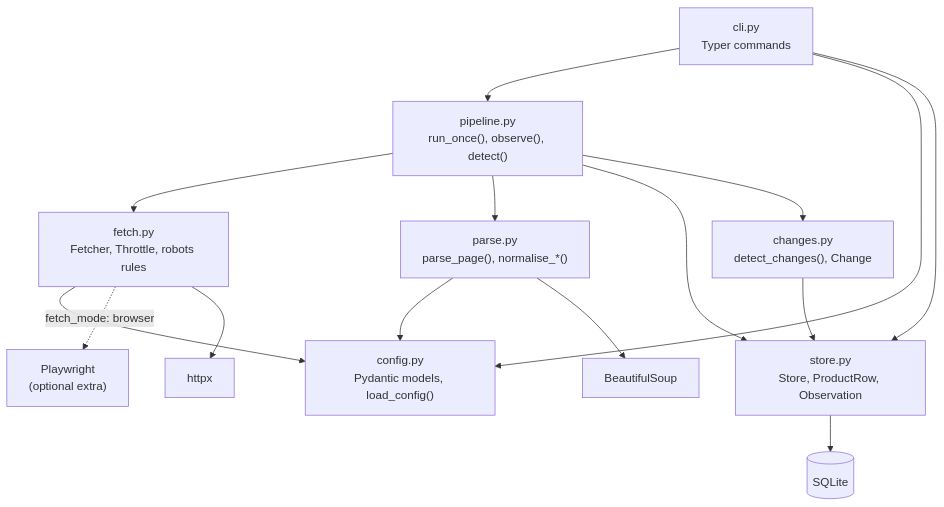
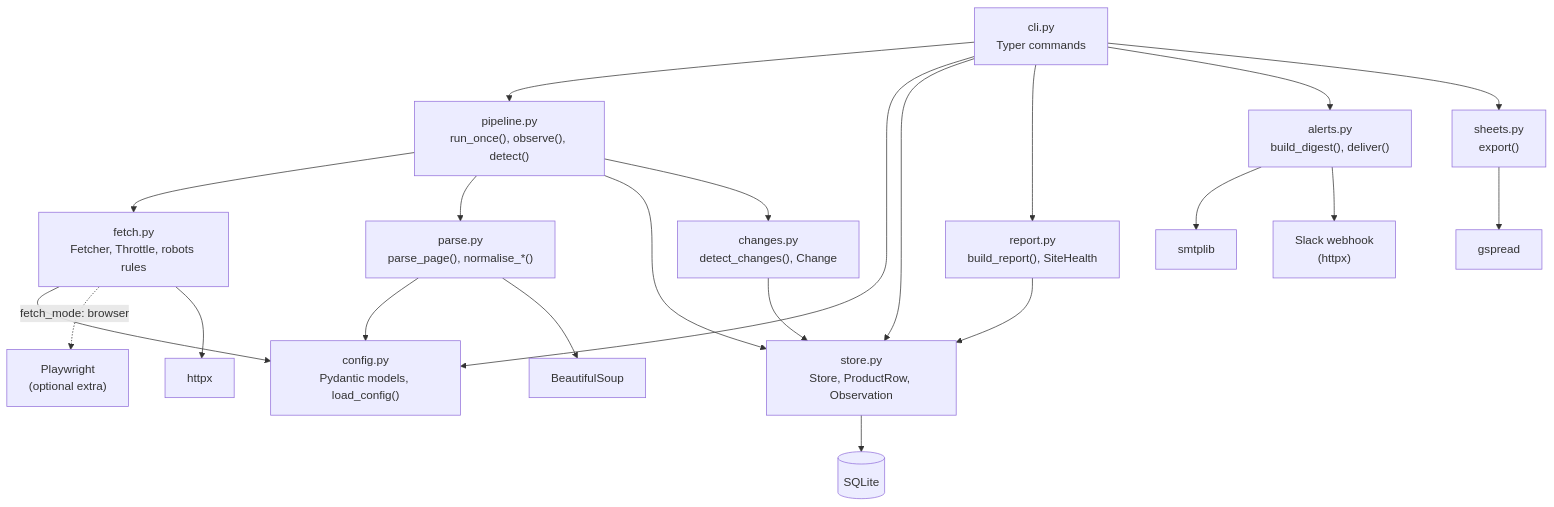
The second of 10 diagrams in ARCHITECTURE.md (yahani/kestrel), drawn with Mermaid before and after one commit. The commit also changed other lines of this file and 2 other files, not shown here.

Commit message:
Update ARCHITECTURE.md, README and PROGRESS.md for end of session 4

````diff
--- a/ARCHITECTURE.md
+++ b/ARCHITECTURE.md
@@ -37,17 +34,24 @@
 ```mermaid
 flowchart TD
     cli["cli.py<br/>Typer commands"] --> pipeline["pipeline.py<br/>run_once(), observe(), detect()"]
     cli --> config["config.py<br/>Pydantic models, load_config()"]
     cli --> store
     pipeline --> fetch["fetch.py<br/>Fetcher, Throttle, robots rules"]
     pipeline --> parse["parse.py<br/>parse_page(), normalise_*()"]
     pipeline --> store["store.py<br/>Store, ProductRow, Observation"]
     pipeline --> changes["changes.py<br/>detect_changes(), Change"]
     changes --> store
+    cli --> report["report.py<br/>build_report(), SiteHealth"]
+    cli --> alerts["alerts.py<br/>build_digest(), deliver()"]
+    cli --> sheets["sheets.py<br/>export()"]
+    report --> store
+    alerts --> smtp["smtplib"]
+    alerts --> slackhook["Slack webhook<br/>(httpx)"]
+    sheets --> gspread["gspread"]
     fetch --> config
     parse --> config
     store --> sqlite[("SQLite")]
     fetch -. "fetch_mode: browser" .-> pw["Playwright<br/>(optional extra)"]
     fetch --> httpx["httpx"]
     parse --> bs4["BeautifulSoup"]
 ```
````
